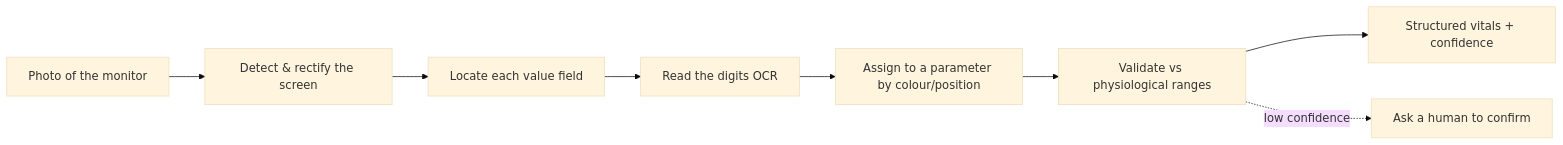
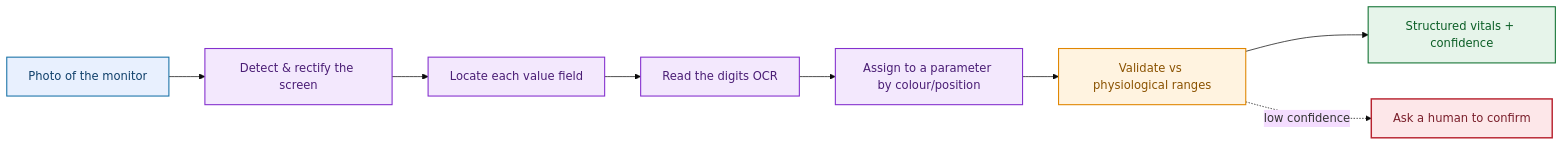
Before and after one commit to kasemsit/261405: the diagram in slides/diagrams/diag12.mmd, drawn with Mermaid (base theme). The commit also changed 45 other files, not shown here.

Commit message:
Add 5 topics (metrics, recsys, unsupervised, fine-tuning, PDPA/injection/interpretability), detailed RAG/agentic diagrams, course landing page

```diff
--- a/slides/diagrams/diag12.mmd
+++ b/slides/diagrams/diag12.mmd
@@ -1,8 +1,20 @@
 flowchart LR
   P[Photo of the monitor] --> D[Detect &amp; rectify the screen]
   D --> R[Locate each value field]
   R --> O[Read the digits OCR]
   O --> A[Assign to a parameter by colour/position]
   A --> V[Validate vs physiological ranges]
   V --> S[Structured vitals + confidence]
   V -. low confidence .-> H[Ask a human to confirm]
+
+  classDef inp   fill:#e8f0fe,stroke:#1a73a8,color:#10406b,stroke-width:1.5px;
+  classDef proc  fill:#f3e8fd,stroke:#8430ce,color:#4a1d75,stroke-width:1.5px;
+  classDef model fill:#fde7e9,stroke:#b8232f,color:#7a1f2b,stroke-width:2px;
+  classDef good  fill:#e6f4ea,stroke:#137333,color:#0b5e26,stroke-width:1.5px;
+  classDef warn  fill:#fff3e0,stroke:#e08600,color:#8a5200,stroke-width:1.5px;
+  classDef store fill:#eceff1,stroke:#5f7d8c,color:#324a54,stroke-width:1.5px;
+  class P inp;
+  class D,R,O,A proc;
+  class V warn;
+  class S good;
+  class H model;
```
